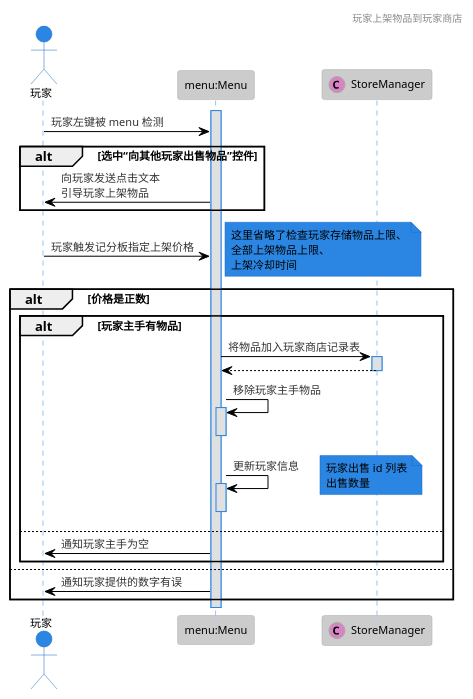
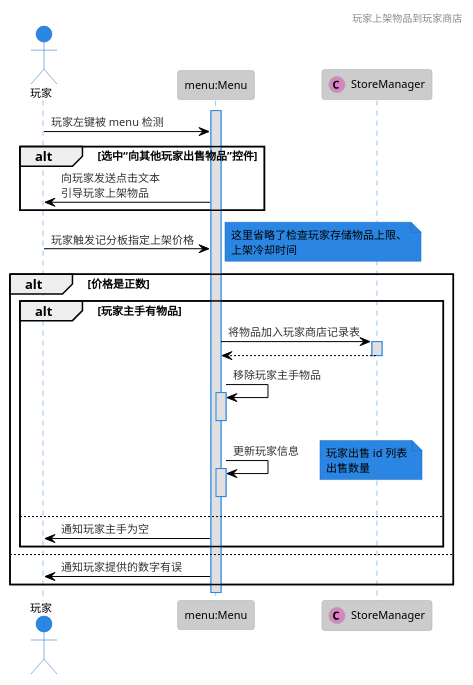
The diagram in doc/uml/sequence_diagram/player_sell_item_to_player_shop.plantuml (HeartingBe/GlobalShop_v3), drawn with PlantUML before and after one commit. The commit also changed 90 other files, not shown here.

```diff
--- a/doc/uml/sequence_diagram/player_sell_item_to_player_shop.plantuml
+++ b/doc/uml/sequence_diagram/player_sell_item_to_player_shop.plantuml
@@ -1,45 +1,44 @@
 @startuml sequence diagram
 !theme reddress-lightblue
 
 header 玩家上架物品到玩家商店
 
 actor 玩家 as player
 participant "menu:Menu" as Menu
 participant StoreManager <<(C, #d884c3)>>
 
 activate Menu
 player -> Menu : 玩家左键被 menu 检测
 alt 选中“向其他玩家出售物品”控件
    player <- Menu : 向玩家发送点击文本\n引导玩家上架物品
 end
 
 player -> Menu : 玩家触发记分板指定上架价格
 note right
    这里省略了检查玩家存储物品上限、
-   全部上架物品上限、
    上架冷却时间
 end note
 alt 价格是正数
    alt 玩家主手有物品
       Menu -> StoreManager : 将物品加入玩家商店记录表
       activate StoreManager
       Menu <-- StoreManager
       deactivate StoreManager
       Menu -> Menu : 移除玩家主手物品
       activate Menu
       deactivate Menu
       Menu -> Menu : 更新玩家信息
       note right
          玩家出售 id 列表
          出售数量
       end note
       activate Menu
       deactivate Menu
    else
       player <- Menu : 通知玩家主手为空
    end
 else
    player <- Menu : 通知玩家提供的数字有误
 end
 
 @enduml
```
